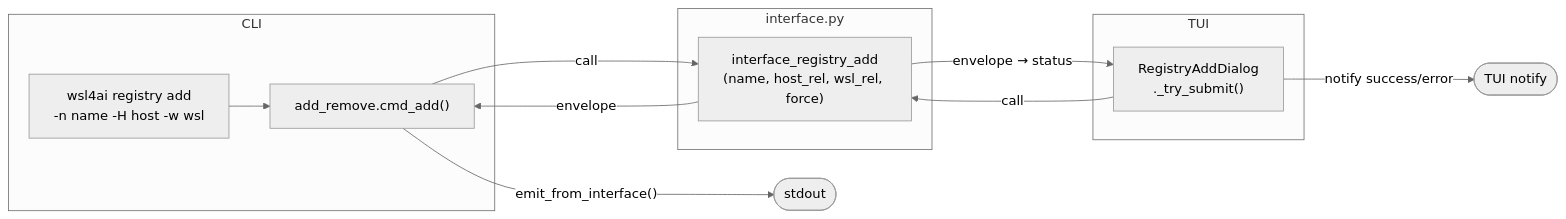
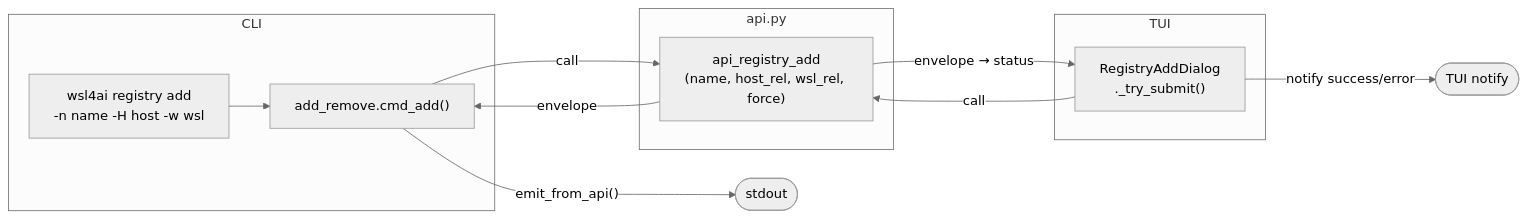
Before and after one commit to rmompo/wsl4ai: the second of 3 diagrams in specs/tool/specs-registry.md, drawn with Mermaid (neutral theme). The commit also changed other lines of this file and 20 other files, not shown here.

First line of the commit message:
v1.6.3: rename interface.py → api.py, interface_* → api_*

````diff
--- a/specs/tool/specs-registry.md
+++ b/specs/tool/specs-registry.md
@@ -93,21 +93,21 @@
 ```mermaid
 flowchart LR
     subgraph CLI
         ra["wsl4ai registry add\n-n name -H host -w wsl"]
         cmd_add["add_remove.cmd_add()"]
         ra --> cmd_add
     end
-    subgraph Interface["interface.py"]
-        iface["interface_registry_add\n(name, host_rel, wsl_rel, force)"]
+    subgraph Interface["api.py"]
+        iface["api_registry_add\n(name, host_rel, wsl_rel, force)"]
     end
     subgraph TUI
         dlg["RegistryAddDialog\n._try_submit()"]
     end
 
     cmd_add -->|"call"| iface
     dlg -->|"call"| iface
     iface -->|"envelope"| cmd_add
     iface -->|"envelope → status"| dlg
-    cmd_add -->|"emit_from_interface()"| stdout([stdout])
+    cmd_add -->|"emit_from_api()"| stdout([stdout])
     dlg -->|"notify success/error"| ui([TUI notify])
 ```
````
